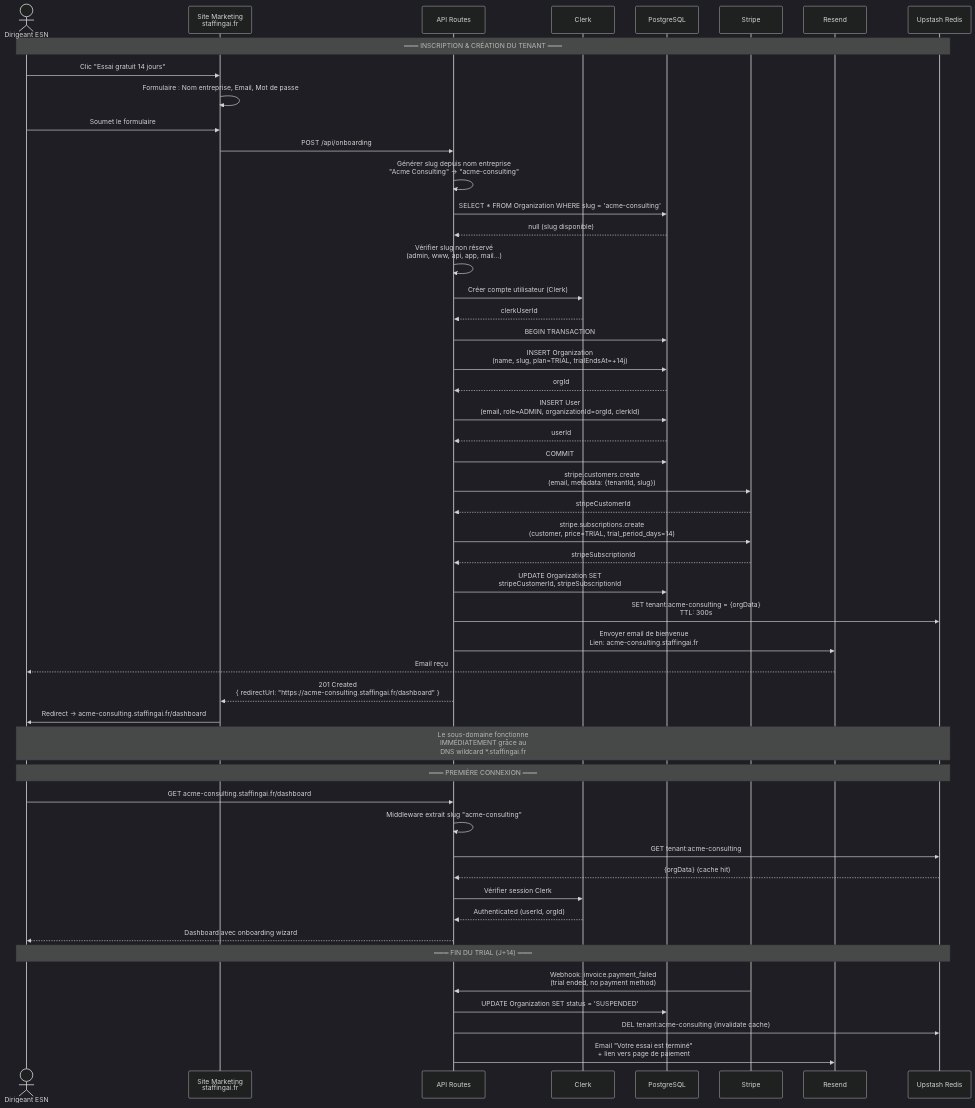
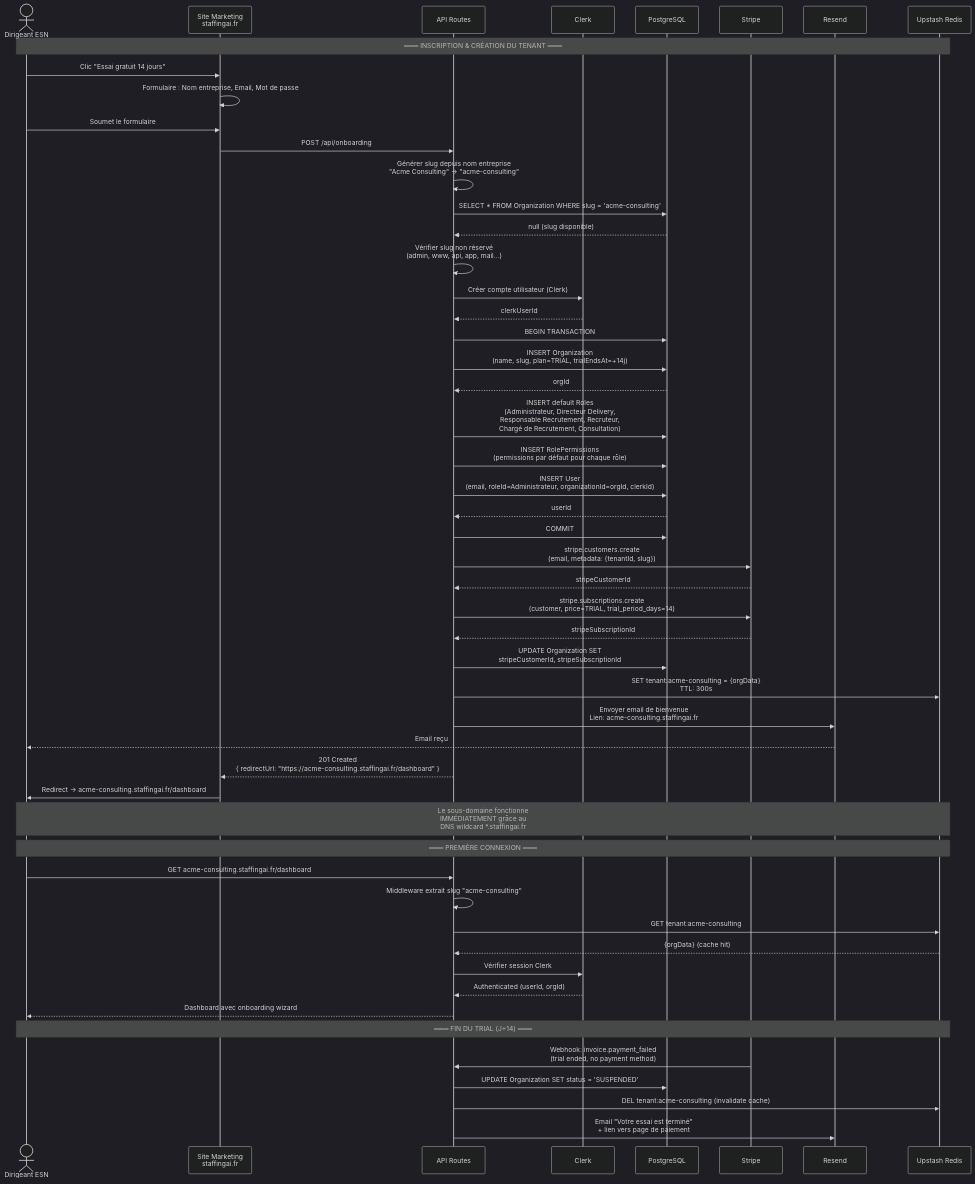
One commit to MisterRaymond/staffing-ai-architecture changed the diagram in docs/diagrams/sequences/tenant-onboarding.md. Above: the diagram before and after it, drawn with Mermaid (dark theme). The commit also changed 10 other files, not shown here.

````diff
--- a/docs/diagrams/sequences/tenant-onboarding.md
+++ b/docs/diagrams/sequences/tenant-onboarding.md
@@ -3,70 +3,72 @@
 ```mermaid
 sequenceDiagram
     actor ESN as Dirigeant ESN
     participant SITE as Site Marketing<br/>staffingai.fr
     participant API as API Routes
     participant AUTH as Clerk
     participant DB as PostgreSQL
     participant STRIPE as Stripe
     participant MAIL as Resend
     participant REDIS as Upstash Redis
 
     Note over ESN,REDIS: ═══ INSCRIPTION & CRÉATION DU TENANT ═══
 
     ESN->>SITE: Clic "Essai gratuit 14 jours"
     SITE->>SITE: Formulaire : Nom entreprise, Email, Mot de passe
     ESN->>SITE: Soumet le formulaire
     SITE->>API: POST /api/onboarding
 
     API->>API: Générer slug depuis nom entreprise<br/>"Acme Consulting" → "acme-consulting"
     API->>DB: SELECT * FROM Organization WHERE slug = 'acme-consulting'
     DB-->>API: null (slug disponible)
 
     API->>API: Vérifier slug non réservé<br/>(admin, www, api, app, mail...)
 
     API->>AUTH: Créer compte utilisateur (Clerk)
     AUTH-->>API: clerkUserId
 
     API->>DB: BEGIN TRANSACTION
     API->>DB: INSERT Organization<br/>(name, slug, plan=TRIAL, trialEndsAt=+14j)
     DB-->>API: orgId
-    API->>DB: INSERT User<br/>(email, role=ADMIN, organizationId=orgId, clerkId)
+    API->>DB: INSERT default Roles<br/>(Administrateur, Directeur Delivery,<br/>Responsable Recrutement, Recruteur,<br/>Chargé de Recrutement, Consultation)
+    API->>DB: INSERT RolePermissions<br/>(permissions par défaut pour chaque rôle)
+    API->>DB: INSERT User<br/>(email, roleId=Administrateur, organizationId=orgId, clerkId)
     DB-->>API: userId
     API->>DB: COMMIT
 
     API->>STRIPE: stripe.customers.create<br/>(email, metadata: {tenantId, slug})
     STRIPE-->>API: stripeCustomerId
 
     API->>STRIPE: stripe.subscriptions.create<br/>(customer, price=TRIAL, trial_period_days=14)
     STRIPE-->>API: stripeSubscriptionId
 
     API->>DB: UPDATE Organization SET<br/>stripeCustomerId, stripeSubscriptionId
     
     API->>REDIS: SET tenant:acme-consulting = {orgData}<br/>TTL: 300s
     
     API->>MAIL: Envoyer email de bienvenue<br/>Lien: acme-consulting.staffingai.fr
     MAIL-->>ESN: Email reçu
 
     API-->>SITE: 201 Created<br/>{ redirectUrl: "https://acme-consulting.staffingai.fr/dashboard" }
 
     SITE->>ESN: Redirect → acme-consulting.staffingai.fr/dashboard
 
     Note over ESN,REDIS: Le sous-domaine fonctionne<br/>IMMÉDIATEMENT grâce au<br/>DNS wildcard *.staffingai.fr
 
     Note over ESN,REDIS: ═══ PREMIÈRE CONNEXION ═══
 
     ESN->>API: GET acme-consulting.staffingai.fr/dashboard
     API->>API: Middleware extrait slug "acme-consulting"
     API->>REDIS: GET tenant:acme-consulting
     REDIS-->>API: {orgData} (cache hit)
     API->>AUTH: Vérifier session Clerk
     AUTH-->>API: Authenticated (userId, orgId)
     API-->>ESN: Dashboard avec onboarding wizard
 
     Note over ESN,REDIS: ═══ FIN DU TRIAL (J+14) ═══
 
     STRIPE->>API: Webhook: invoice.payment_failed<br/>(trial ended, no payment method)
     API->>DB: UPDATE Organization SET status = 'SUSPENDED'
     API->>REDIS: DEL tenant:acme-consulting (invalidate cache)
     API->>MAIL: Email "Votre essai est terminé"<br/>+ lien vers page de paiement
 ```
````
